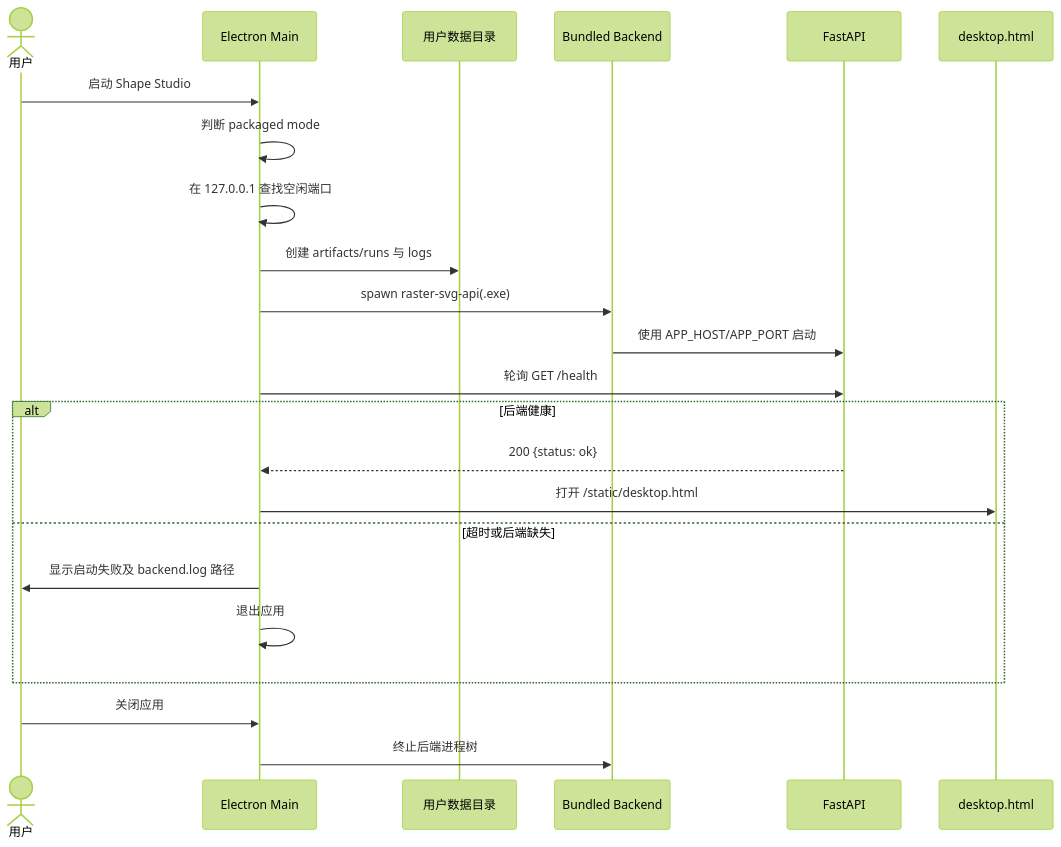
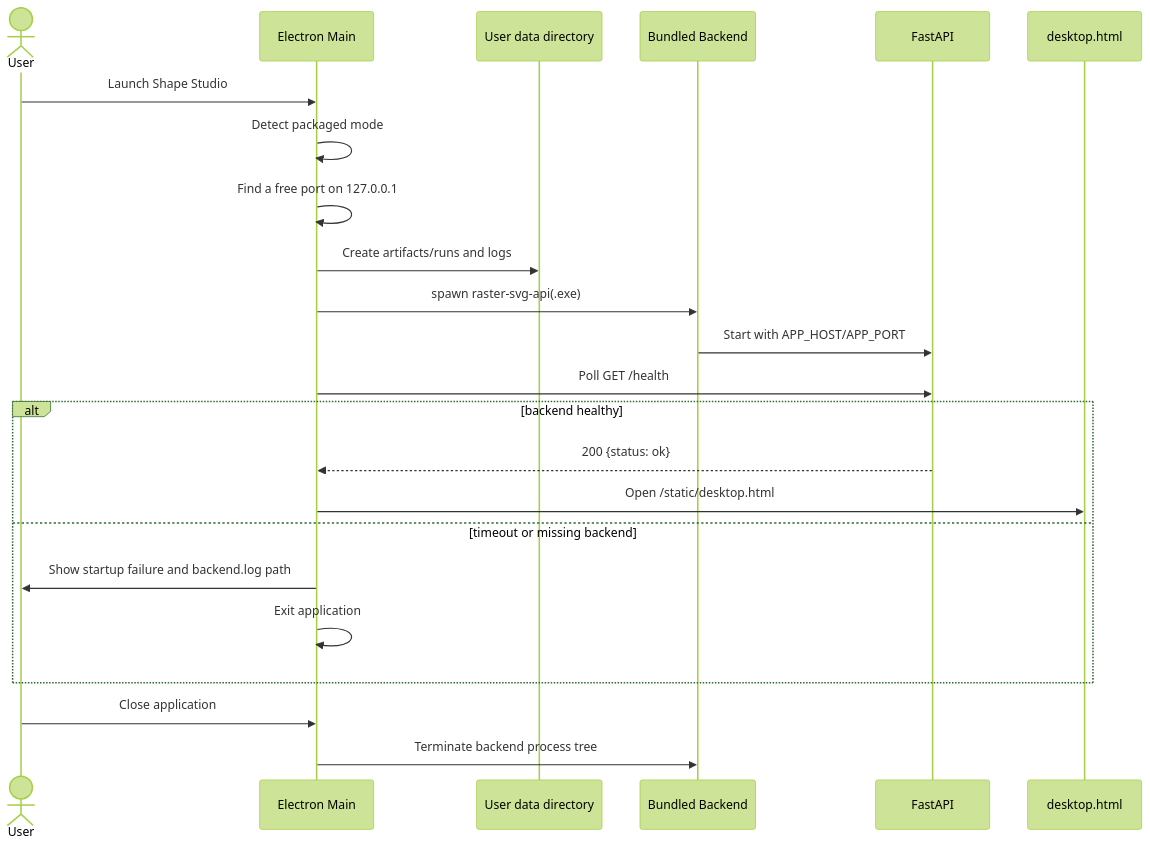
Before and after one commit to PeiXingXie/Raster2SVG-Demo: the first of 3 diagrams in architecture-summary/03-runtime-and-interfaces.md, drawn with Mermaid (forest theme). The commit also changed other lines of this file and 14 other files, not shown here.

````diff
--- a/architecture-summary/03-runtime-and-interfaces.md
+++ b/architecture-summary/03-runtime-and-interfaces.md
@@ -5,26 +5,26 @@
 ```mermaid
 sequenceDiagram
-    actor User as 用户
+    actor User as User
     participant E as Electron Main
-    participant FS as 用户数据目录
+    participant FS as User data directory
     participant B as Bundled Backend
     participant API as FastAPI
     participant UI as desktop.html
 
-    User->>E: 启动 Shape Studio
-    E->>E: 判断 packaged mode
-    E->>E: 在 127.0.0.1 查找空闲端口
-    E->>FS: 创建 artifacts/runs 与 logs
+    User->>E: Launch Shape Studio
+    E->>E: Detect packaged mode
+    E->>E: Find a free port on 127.0.0.1
+    E->>FS: Create artifacts/runs and logs
     E->>B: spawn raster-svg-api(.exe)
-    B->>API: 使用 APP_HOST/APP_PORT 启动
-    E->>API: 轮询 GET /health
-    alt 后端健康
+    B->>API: Start with APP_HOST/APP_PORT
+    E->>API: Poll GET /health
+    alt backend healthy
         API-->>E: 200 {status: ok}
-        E->>UI: 打开 /static/desktop.html
-    else 超时或后端缺失
-        E->>User: 显示启动失败及 backend.log 路径
-        E->>E: 退出应用
+        E->>UI: Open /static/desktop.html
+    else timeout or missing backend
+        E->>User: Show startup failure and backend.log path
+        E->>E: Exit application
     end
-    User->>E: 关闭应用
-    E->>B: 终止后端进程树
+    User->>E: Close application
+    E->>B: Terminate backend process tree
 ```
````
